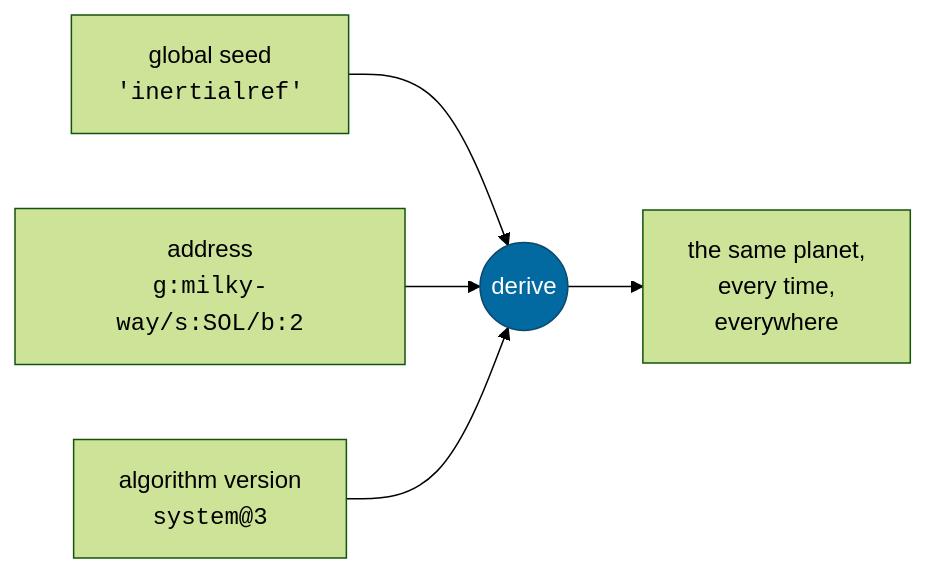
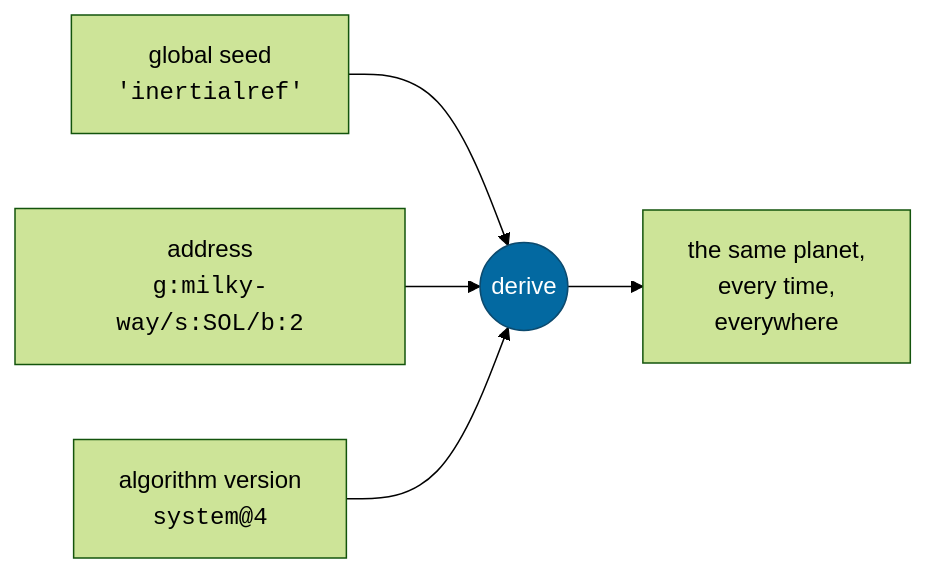
One commit to jonjaques/inertialref changed the fifth of 6 diagrams in docs/architecture.md. Above: the diagram before and after it, drawn with Mermaid (forest theme). The commit also changed 76 other files, not shown here.

````diff
--- a/docs/architecture.md
+++ b/docs/architecture.md
@@ -225,15 +225,15 @@
 ```mermaid
 flowchart LR
     SEED["global seed<br/><code>'inertialref'</code>"]
     ADDR["address<br/><code>g:milky-way/s:SOL/b:2</code>"]
-    VER["algorithm version<br/><code>system@3</code>"]
+    VER["algorithm version<br/><code>system@4</code>"]
     GEN(("derive"))
     OUT["the same planet,<br/>every time,<br/>everywhere"]
 
     SEED --> GEN
     ADDR --> GEN
     VER --> GEN
     GEN --> OUT
 
     style GEN fill:#0369a1,stroke:#0c4a6e,color:#fff
 ```
````
